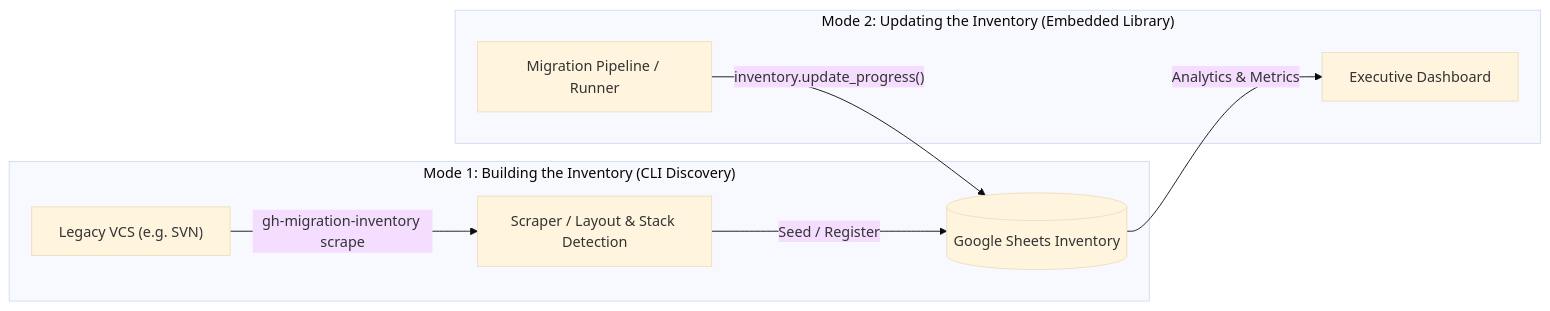
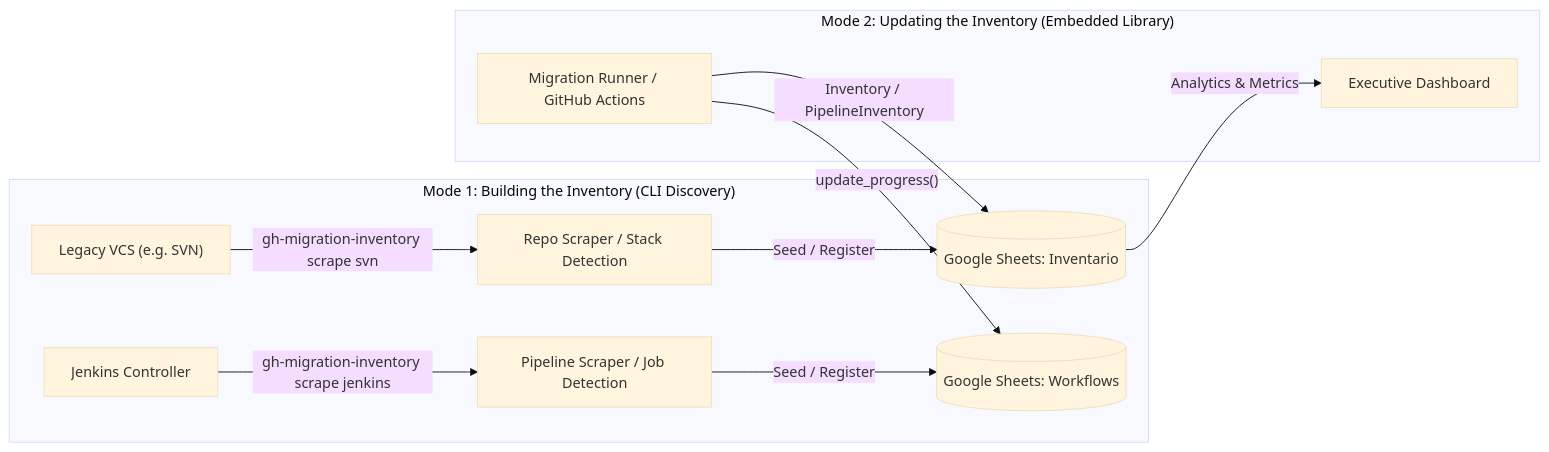
One commit to ilegra/gh-migration-inventory-manager changed the diagram in README.md. Above: the diagram before and after it, drawn with Mermaid (base theme). The commit also changed other lines of this file and 17 other files, not shown here.

First line of the commit message:
feat(jenkins): implement CI/CD pipeline discovery and inventory integration

````diff
--- a/README.md
+++ b/README.md
@@ -25,12 +25,15 @@
 ```mermaid
 flowchart LR
     subgraph Mode1["Mode 1: Building the Inventory (CLI Discovery)"]
-        A["Legacy VCS (e.g. SVN)"] -->|"gh-migration-inventory scrape"| B["Scraper / Layout & Stack Detection"]
-        B -->|"Seed / Register"| C[("Google Sheets Inventory")]
+        A["Legacy VCS (e.g. SVN)"] -->|"gh-migration-inventory scrape svn"| B["Repo Scraper / Stack Detection"]
+        J["Jenkins Controller"] -->|"gh-migration-inventory scrape jenkins"| JS["Pipeline Scraper / Job Detection"]
+        B -->|"Seed / Register"| C[("Google Sheets: Inventario")]
+        JS -->|"Seed / Register"| W[("Google Sheets: Workflows")]
     end
 
     subgraph Mode2["Mode 2: Updating the Inventory (Embedded Library)"]
-        D["Migration Pipeline / Runner"] -->|"inventory.update_progress()"| C
+        D["Migration Runner / GitHub Actions"] -->|"Inventory / PipelineInventory"| C
+        D -->|"update_progress()"| W
         C -->|"Analytics & Metrics"| E["Executive Dashboard"]
     end
 ```
````
